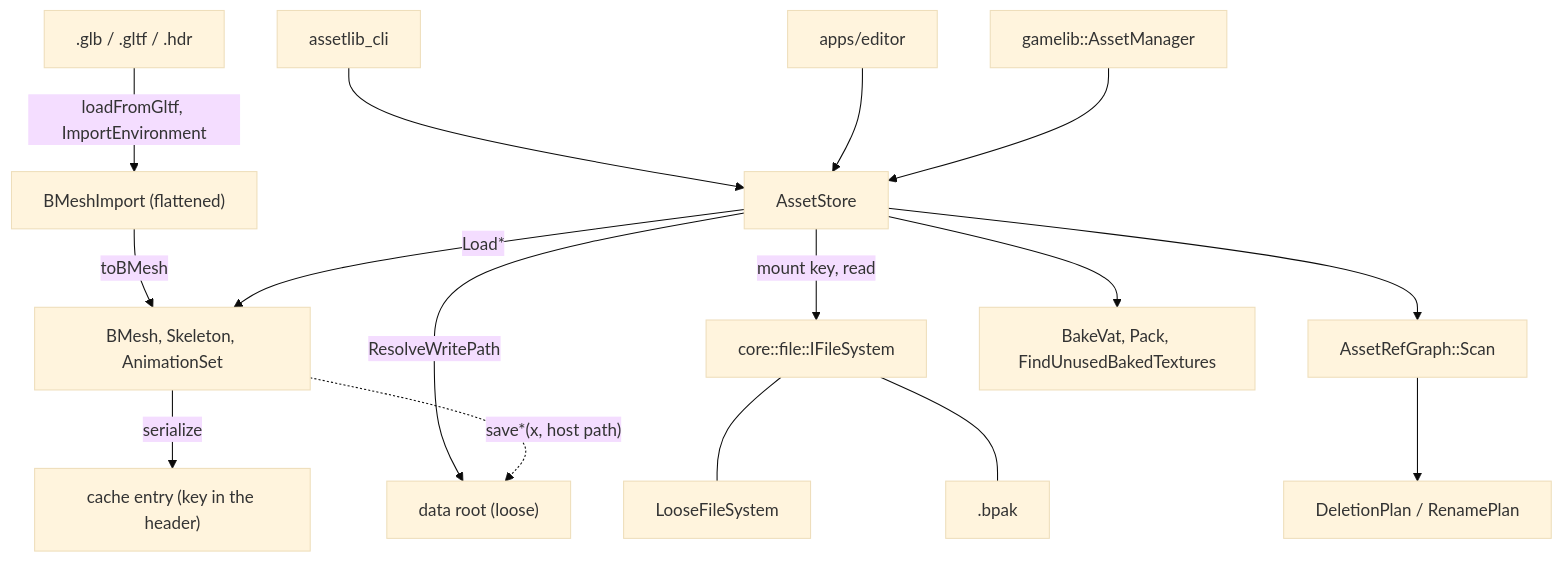
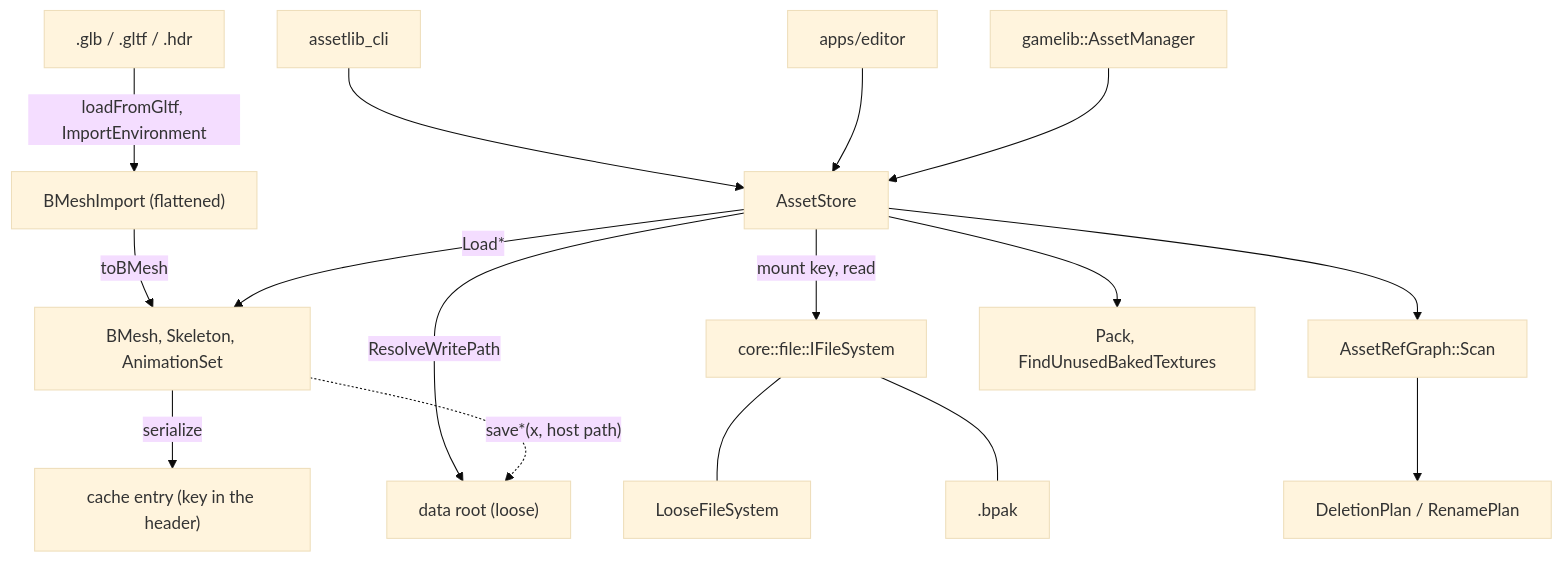
One commit to alexjiang200407/bernini changed the diagram in docs/assetlib_api.md. Above: the diagram before and after it, drawn with Mermaid (base theme). The commit also changed other lines of this file and 158 other files, not shown here.

````diff
--- a/docs/assetlib_api.md
+++ b/docs/assetlib_api.md
@@ -151,22 +149,22 @@
 ```mermaid
 flowchart TD
     GLTF[".glb / .gltf / .hdr"] -- "loadFromGltf, ImportEnvironment" --> IMP["BMeshImport (flattened)"]
     IMP -- "toBMesh" --> POD["BMesh, Skeleton, AnimationSet"]
     POD -- "serialize" --> C["cache entry (key in the header)"]
 
     STORE["AssetStore"] -- "mount key, read" --> FS["core::file::IFileSystem"]
     STORE -- "ResolveWritePath" --> ROOT["data root (loose)"]
     FS --- LOOSE["LooseFileSystem"]
     FS --- PAK[".bpak"]
 
     STORE -- "Load*" --> POD
     POD -. "save*(x, host path)" .-> ROOT
 
     STORE --> GRAPH["AssetRefGraph::Scan"]
     GRAPH --> PLAN["DeletionPlan / RenamePlan"]
-    STORE --> BAKE["BakeVat, Pack, FindUnusedBakedTextures"]
+    STORE --> BAKE["Pack, FindUnusedBakedTextures"]
 
     CLI["assetlib_cli"] --> STORE
     ED["apps/editor"] --> STORE
     GL["gamelib::AssetManager"] --> STORE
 ```
````
